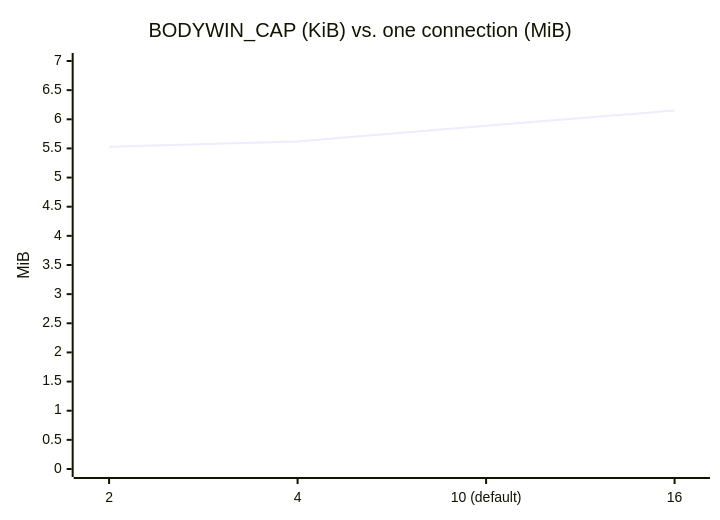
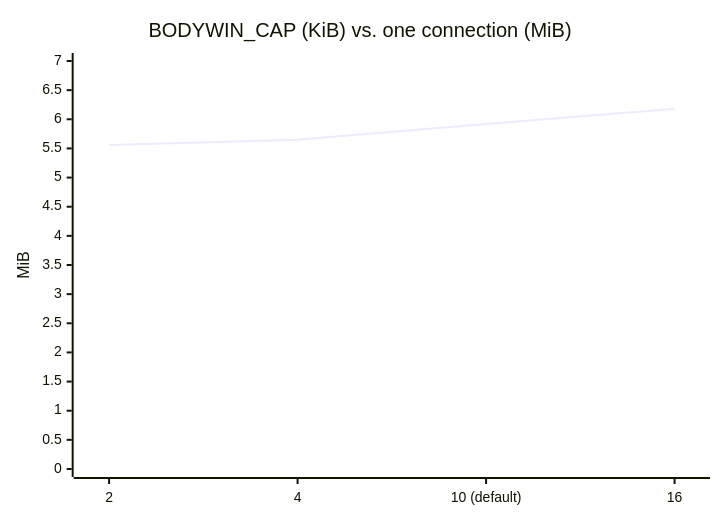
The sixth of 9 diagrams in docs/arch/memory.md (Hakkadaikon/wired), drawn with Mermaid before and after one commit. The commit also changed other lines of this file and 7 other files, not shown here.

````diff
--- a/docs/arch/memory.md
+++ b/docs/arch/memory.md
@@ -139,7 +139,7 @@
 ```mermaid
 xychart-beta
     title "BODYWIN_CAP (KiB) vs. one connection (MiB)"
     x-axis ["2", "4", "10 (default)", "16"]
     y-axis "MiB" 0 --> 7
-    line [5.53, 5.62, 5.89, 6.15]
+    line [5.56, 5.65, 5.92, 6.18]
 ```
````
